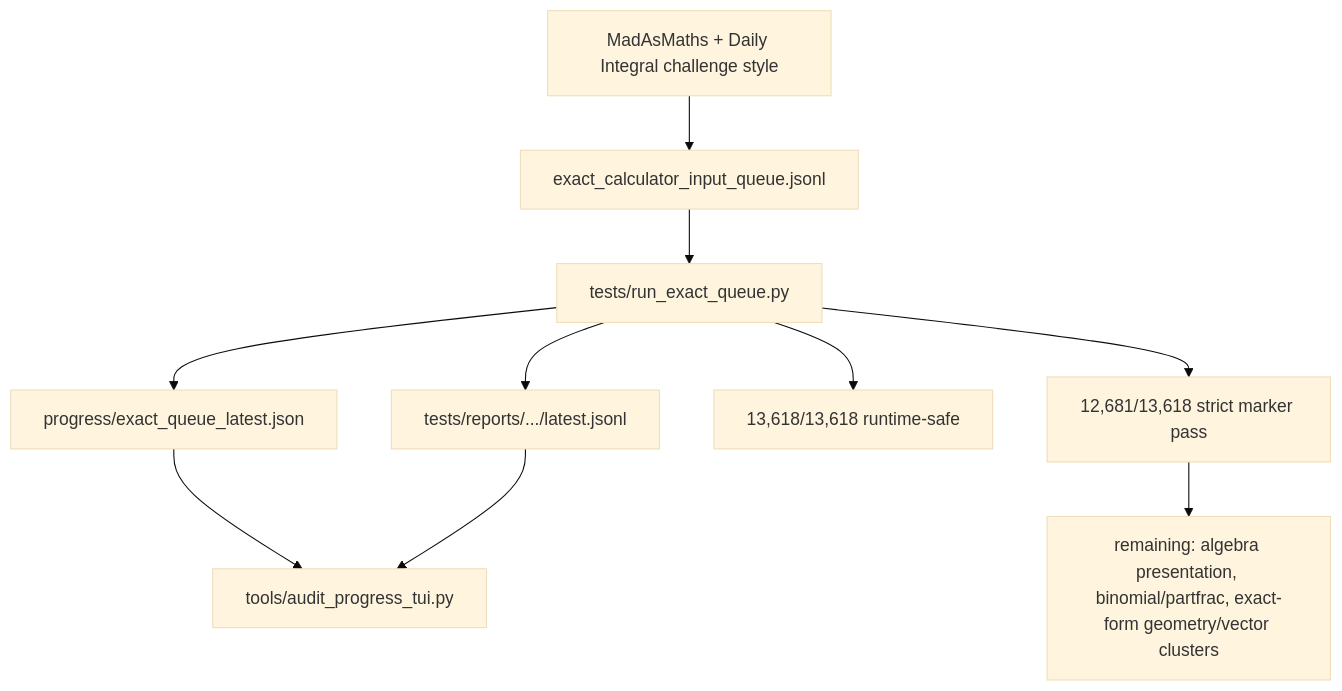
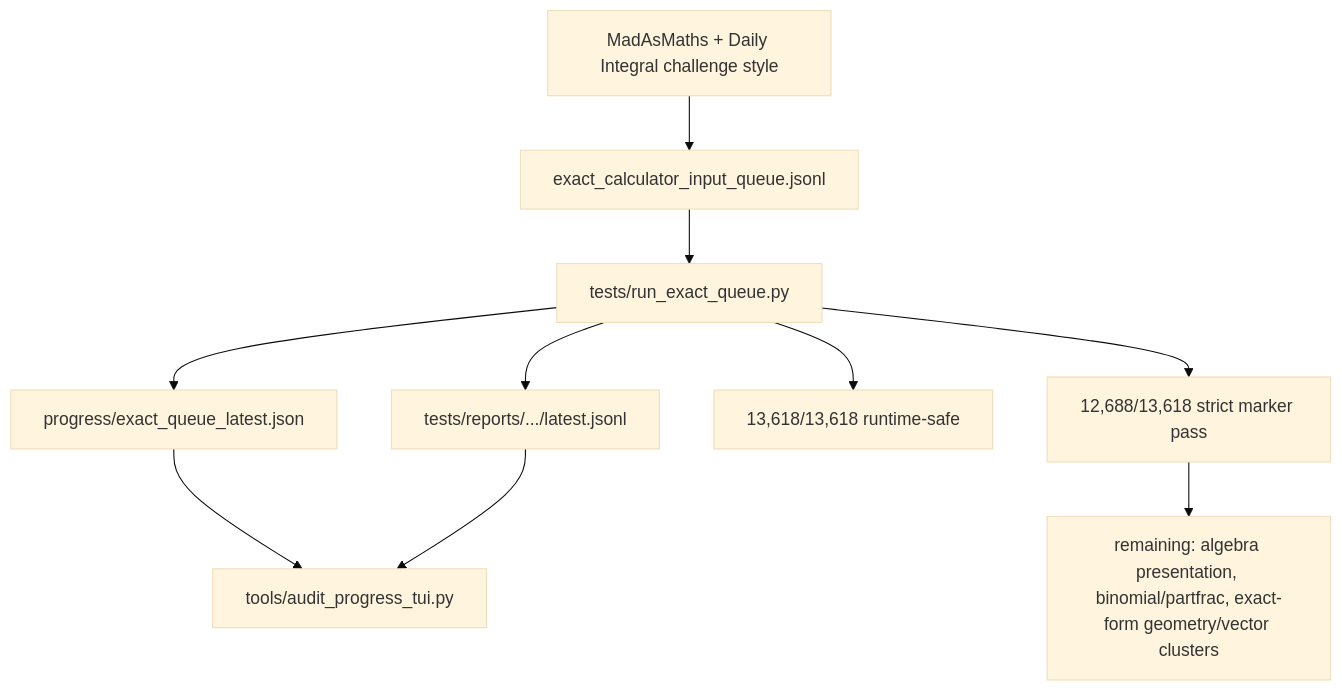
Before and after one commit to james8464/notes-addin-casio-fx-cg50: the fifth of 5 diagrams in docs/GRAPH.md, drawn with Mermaid (base theme). The commit also changed other lines of this file and 4 other files, not shown here.

````diff
--- a/docs/GRAPH.md
+++ b/docs/GRAPH.md
@@ -57,12 +57,12 @@
 ```mermaid
 graph TD
   Online["MadAsMaths + Daily Integral challenge style"] --> Queue["exact_calculator_input_queue.jsonl"]
   Queue --> Runner["tests/run_exact_queue.py"]
   Runner --> Live["progress/exact_queue_latest.json"]
   Runner --> Report["tests/reports/.../latest.jsonl"]
   Live --> TUI["tools/audit_progress_tui.py"]
   Report --> TUI
   Runner --> Runtime["13,618/13,618 runtime-safe"]
-  Runner --> Strict["12,681/13,618 strict marker pass"]
+  Runner --> Strict["12,688/13,618 strict marker pass"]
   Strict --> Remaining["remaining: algebra presentation, binomial/partfrac, exact-form geometry/vector clusters"]
 ```
````
